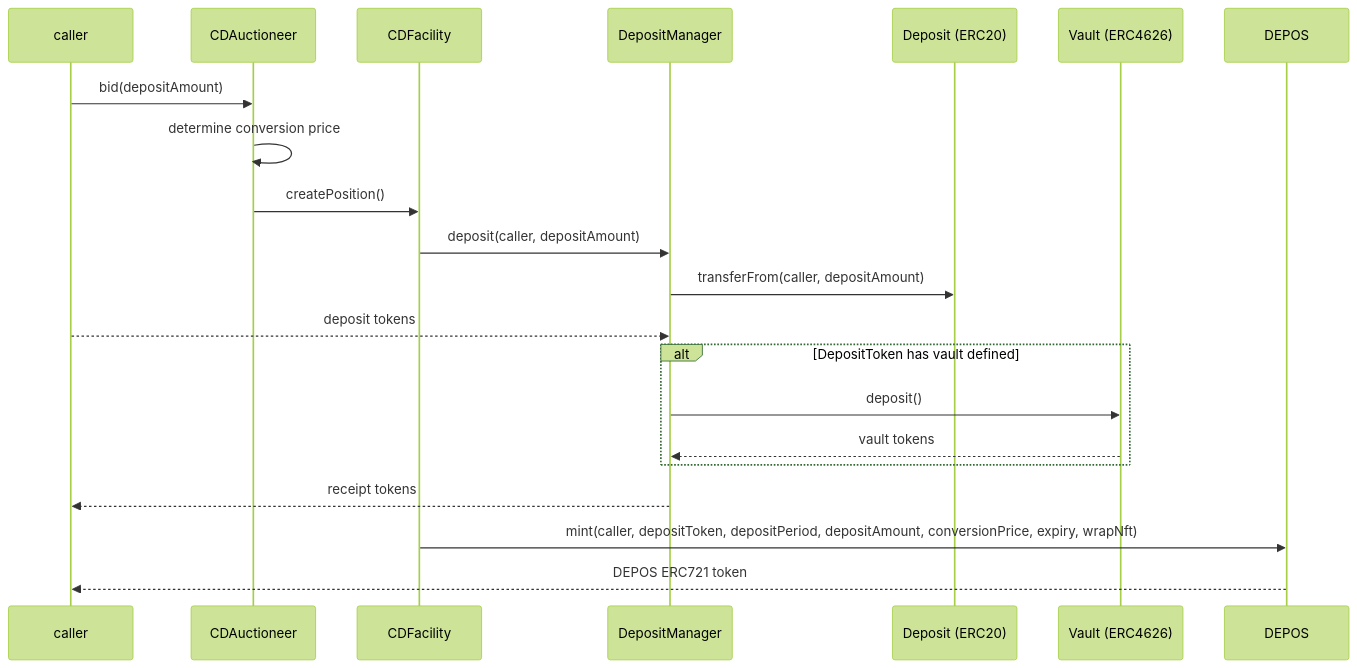
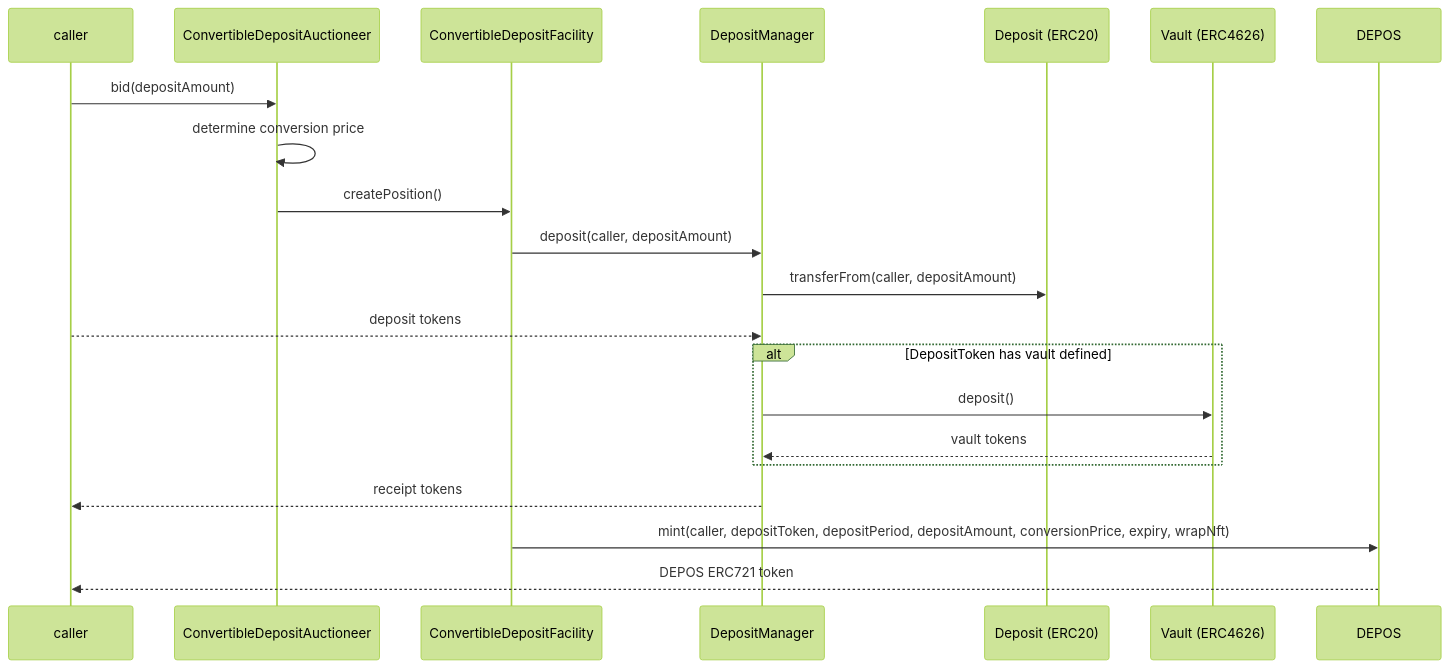
One commit to OlympusDAO/olympus-v3 changed the third of 9 diagrams in audit/2025-01_convertible-deposits/README.md. Above: the diagram before and after it, drawn with Mermaid (forest theme). The commit also changed other lines of this file and 1 other file, not shown here.

````diff
--- a/audit/2025-01_convertible-deposits/README.md
+++ b/audit/2025-01_convertible-deposits/README.md
@@ -264,24 +275,24 @@
 ```mermaid
 sequenceDiagram
     participant caller
-    participant CDAuctioneer
-    participant CDFacility
+    participant ConvertibleDepositAuctioneer
+    participant ConvertibleDepositFacility
     participant DepositManager
     participant DepositToken as Deposit (ERC20)
     participant VaultToken as Vault (ERC4626)
     participant DEPOS
 
-    caller->>CDAuctioneer: bid(depositAmount)
-    CDAuctioneer->>CDAuctioneer: determine conversion price
-    CDAuctioneer->>CDFacility: createPosition()
-    CDFacility->>DepositManager: deposit(caller, depositAmount)
+    caller->>ConvertibleDepositAuctioneer: bid(depositAmount)
+    ConvertibleDepositAuctioneer->>ConvertibleDepositAuctioneer: determine conversion price
+    ConvertibleDepositAuctioneer->>ConvertibleDepositFacility: createPosition()
+    ConvertibleDepositFacility->>DepositManager: deposit(caller, depositAmount)
     DepositManager->>DepositToken: transferFrom(caller, depositAmount)
     caller-->>DepositManager: deposit tokens
     alt DepositToken has vault defined
         DepositManager->>VaultToken: deposit()
         VaultToken-->>DepositManager: vault tokens
     end
     DepositManager-->>caller: receipt tokens
-    CDFacility->>DEPOS: mint(caller, depositToken, depositPeriod, depositAmount, conversionPrice, expiry, wrapNft)
+    ConvertibleDepositFacility->>DEPOS: mint(caller, depositToken, depositPeriod, depositAmount, conversionPrice, expiry, wrapNft)
     DEPOS-->>caller: DEPOS ERC721 token
 ```
````
